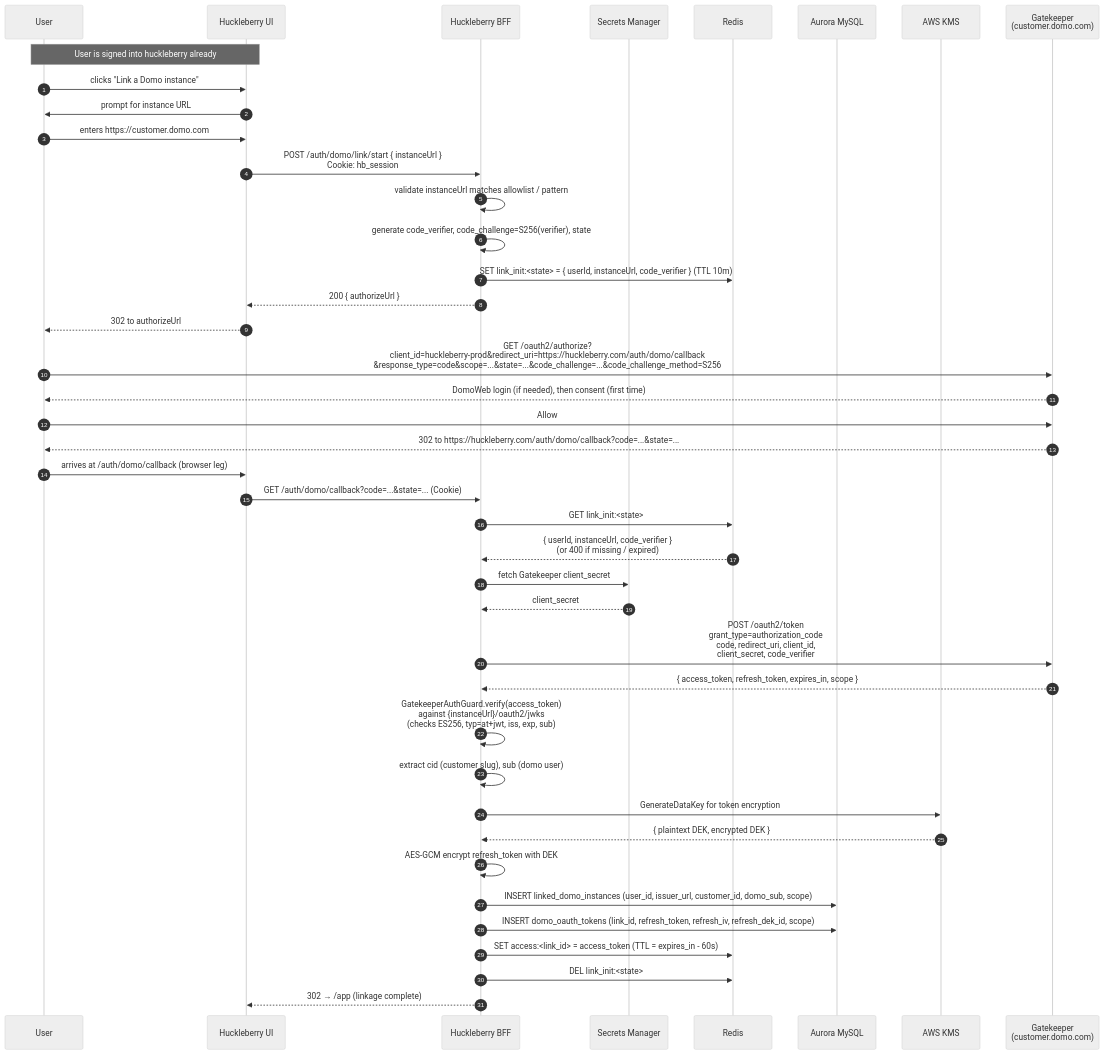
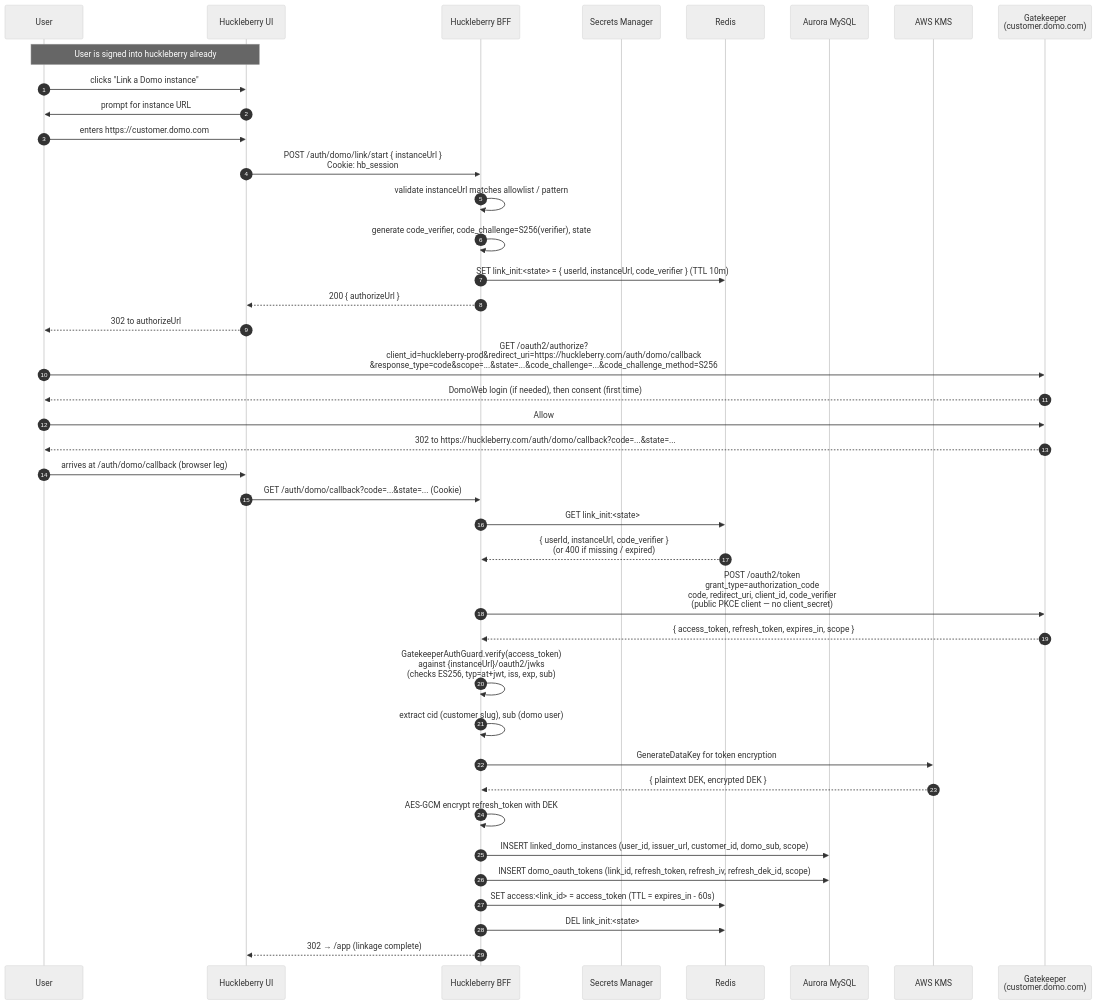
The second of 3 diagrams in docs/diagrams/oauth-flow.md (emmetuft/huckleberry-server), drawn with Mermaid (neutral theme) before and after one commit. The commit also changed other lines of this file and 5 other files, not shown here.

````diff
--- a/docs/diagrams/oauth-flow.md
+++ b/docs/diagrams/oauth-flow.md
@@ -81,51 +84,49 @@
 ```mermaid
 sequenceDiagram
     autonumber
     participant U as User
     participant FE as Huckleberry UI
     participant BFF as Huckleberry BFF
     participant SM as Secrets Manager
     participant R as Redis
     participant DB as Aurora MySQL
     participant KMS as AWS KMS
     participant GK as Gatekeeper<br/>(customer.domo.com)
 
     Note over U,FE: User is signed into huckleberry already
     U->>FE: clicks "Link a Domo instance"
     FE->>U: prompt for instance URL
     U->>FE: enters https://customer.domo.com
 
     FE->>BFF: POST /auth/domo/link/start { instanceUrl }<br/>Cookie: hb_session
     BFF->>BFF: validate instanceUrl matches allowlist / pattern
     BFF->>BFF: generate code_verifier, code_challenge=S256(verifier), state
     BFF->>R: SET link_init:<state> = { userId, instanceUrl, code_verifier } (TTL 10m)
     BFF-->>FE: 200 { authorizeUrl }
     FE-->>U: 302 to authorizeUrl
 
     U->>GK: GET /oauth2/authorize?<br/>client_id=huckleberry-prod&redirect_uri=https://huckleberry.com/auth/domo/callback<br/>&response_type=code&scope=...&state=...&code_challenge=...&code_challenge_method=S256
     GK-->>U: DomoWeb login (if needed), then consent (first time)
     U->>GK: Allow
     GK-->>U: 302 to https://huckleberry.com/auth/domo/callback?code=...&state=...
 
     U->>FE: arrives at /auth/domo/callback (browser leg)
     FE->>BFF: GET /auth/domo/callback?code=...&state=... (Cookie)
     BFF->>R: GET link_init:<state>
     R-->>BFF: { userId, instanceUrl, code_verifier }<br/>(or 400 if missing / expired)
-    BFF->>SM: fetch Gatekeeper client_secret
-    SM-->>BFF: client_secret
-    BFF->>GK: POST /oauth2/token<br/>grant_type=authorization_code<br/>code, redirect_uri, client_id,<br/>client_secret, code_verifier
+    BFF->>GK: POST /oauth2/token<br/>grant_type=authorization_code<br/>code, redirect_uri, client_id, code_verifier<br/>(public PKCE client — no client_secret)
     GK-->>BFF: { access_token, refresh_token, expires_in, scope }
 
     BFF->>BFF: GatekeeperAuthGuard.verify(access_token)<br/>against {instanceUrl}/oauth2/jwks<br/>(checks ES256, typ=at+jwt, iss, exp, sub)
     BFF->>BFF: extract cid (customer slug), sub (domo user)
 
     BFF->>KMS: GenerateDataKey for token encryption
     KMS-->>BFF: { plaintext DEK, encrypted DEK }
     BFF->>BFF: AES-GCM encrypt refresh_token with DEK
 
     BFF->>DB: INSERT linked_domo_instances (user_id, issuer_url, customer_id, domo_sub, scope)
     BFF->>DB: INSERT domo_oauth_tokens (link_id, refresh_token, refresh_iv, refresh_dek_id, scope)
     BFF->>R: SET access:<link_id> = access_token (TTL = expires_in - 60s)
     BFF->>R: DEL link_init:<state>
     BFF-->>FE: 302 → /app  (linkage complete)
 ```
````
